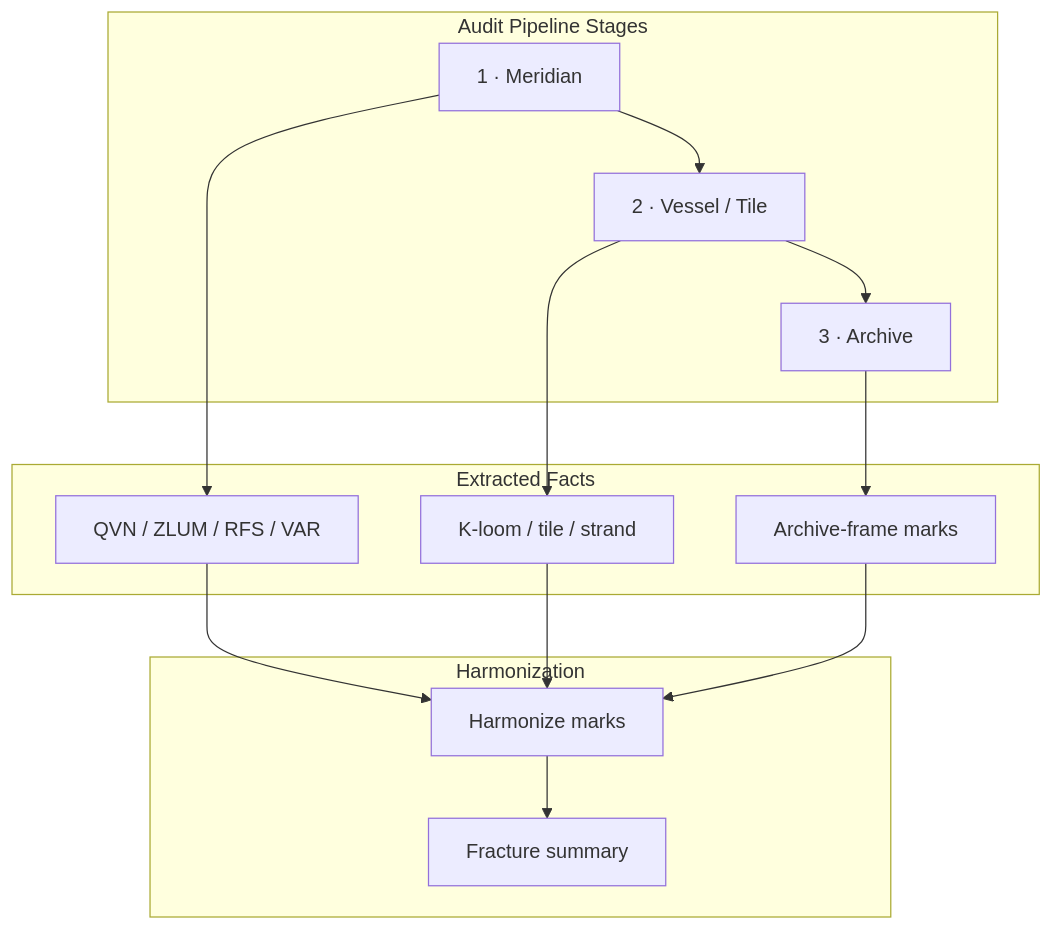
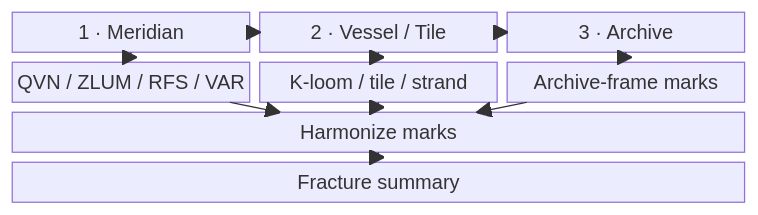
Before and after one commit to ormasoftchile/triton: the diagram in examples/triton/layout-samples/sample-07-audit-reconciliation.mmd, drawn with Mermaid. The commit also changed 6 other files, not shown here.

```diff
--- a/examples/triton/layout-samples/sample-07-audit-reconciliation.mmd
+++ b/examples/triton/layout-samples/sample-07-audit-reconciliation.mmd
@@ -1,22 +1,16 @@
-flowchart TD
-  subgraph stages [Audit Pipeline Stages]
-    allocation["1 · Meridian"] --> object_audit["2 · Vessel / Tile"] --> catalog["3 · Archive"]
-  end
+block-beta
+  columns 3
+  s1["1 · Meridian"] s2["2 · Vessel / Tile"] s3["3 · Archive"]
+  f1["QVN / ZLUM / RFS / VAR"] f2["K-loom / tile / strand"] f3["Archive-frame marks"]
+  rec["Harmonize marks"]:3
+  rep["Fracture summary"]:3
 
-  subgraph facts [Extracted Facts]
-    allocation_facts["QVN / ZLUM / RFS / VAR"]
-    object_facts["K-loom / tile / strand"]
-    catalog_facts["Archive-frame marks"]
-  end
-
-  subgraph reconciliation [Harmonization]
-    reconcile["Harmonize marks"] --> report["Fracture summary"]
-  end
-
-  allocation --> allocation_facts
-  object_audit --> object_facts
-  catalog --> catalog_facts
-
-  allocation_facts --> reconcile
-  object_facts --> reconcile
-  catalog_facts --> reconcile
+  s1 --> s2
+  s2 --> s3
+  s1 --> f1
+  s2 --> f2
+  s3 --> f3
+  f1 --> rec
+  f2 --> rec
+  f3 --> rec
+  rec --> rep
```
